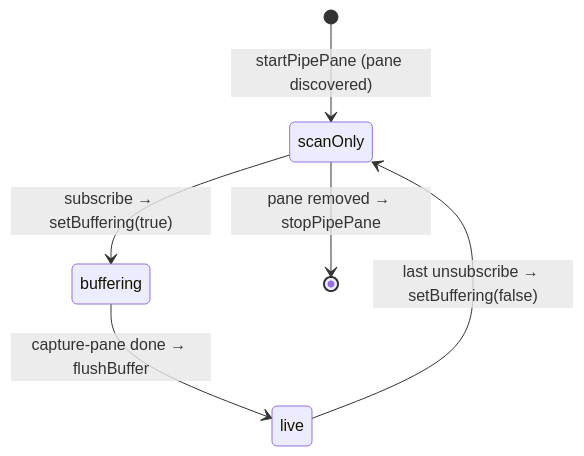
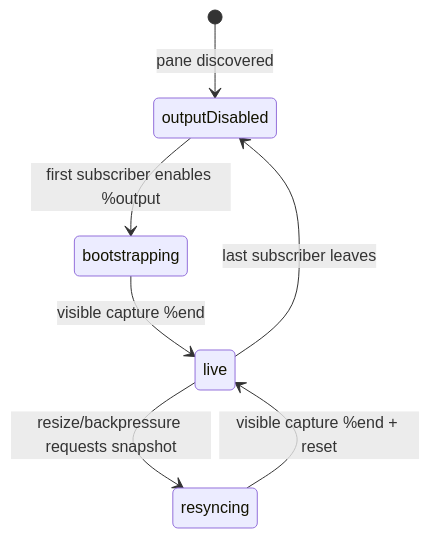
The third of 12 diagrams in docs/streaming-architecture.md (jicezeng/ctrlx), drawn with Mermaid before and after one commit. The commit also changed other lines of this file and 13 other files, not shown here.

Commit message:
fix(stream): order snapshots with live pane output

````diff
--- a/docs/streaming-architecture.md
+++ b/docs/streaming-architecture.md
@@ -107,8 +107,9 @@
 ```mermaid
 stateDiagram-v2
-    [*] --> scanOnly: startPipePane (pane discovered)
-    scanOnly --> buffering: subscribe → setBuffering(true)
-    buffering --> live: capture-pane done → flushBuffer
-    live --> scanOnly: last unsubscribe → setBuffering(false)
-    scanOnly --> [*]: pane removed → stopPipePane
+    [*] --> outputDisabled: pane discovered
+    outputDisabled --> bootstrapping: first subscriber enables %output
+    bootstrapping --> live: visible capture %end
+    live --> resyncing: resize/backpressure requests snapshot
+    resyncing --> live: visible capture %end + reset
+    live --> outputDisabled: last subscriber leaves
 ```
````
